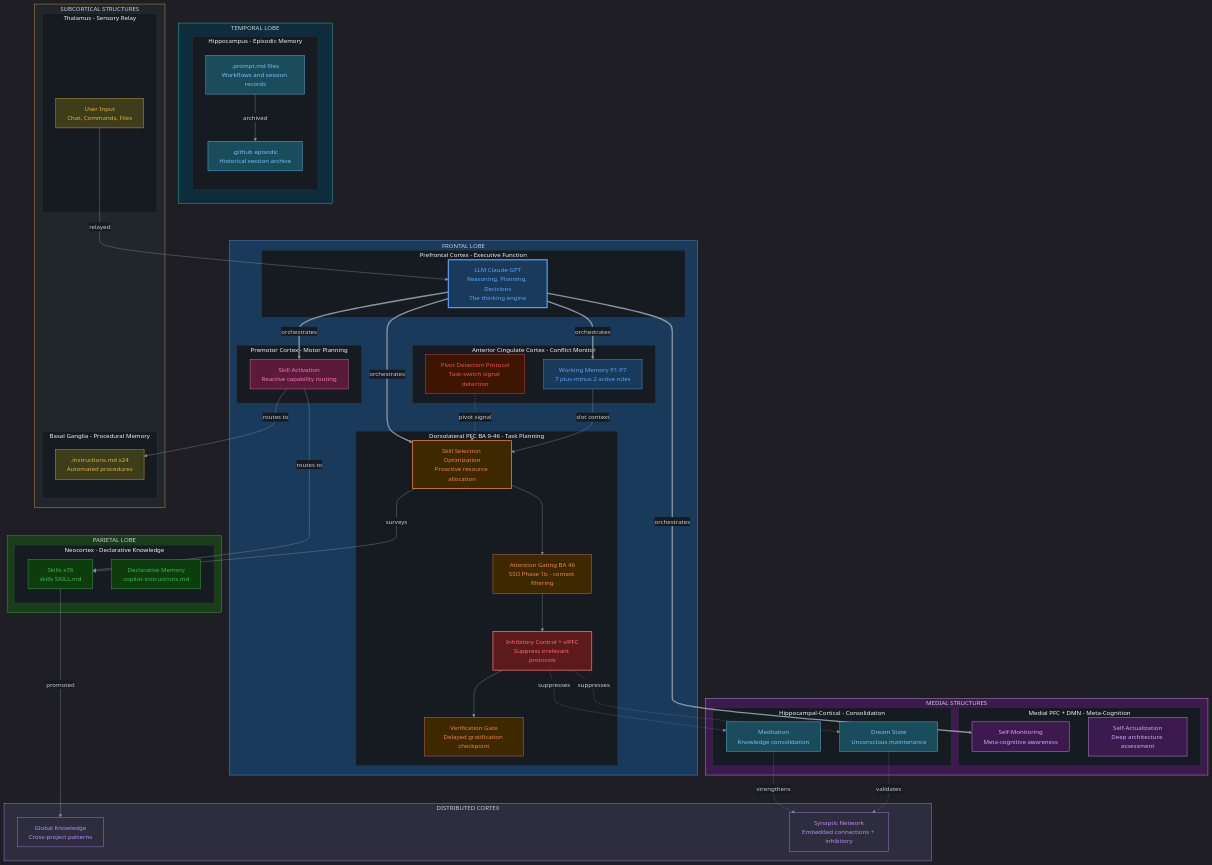
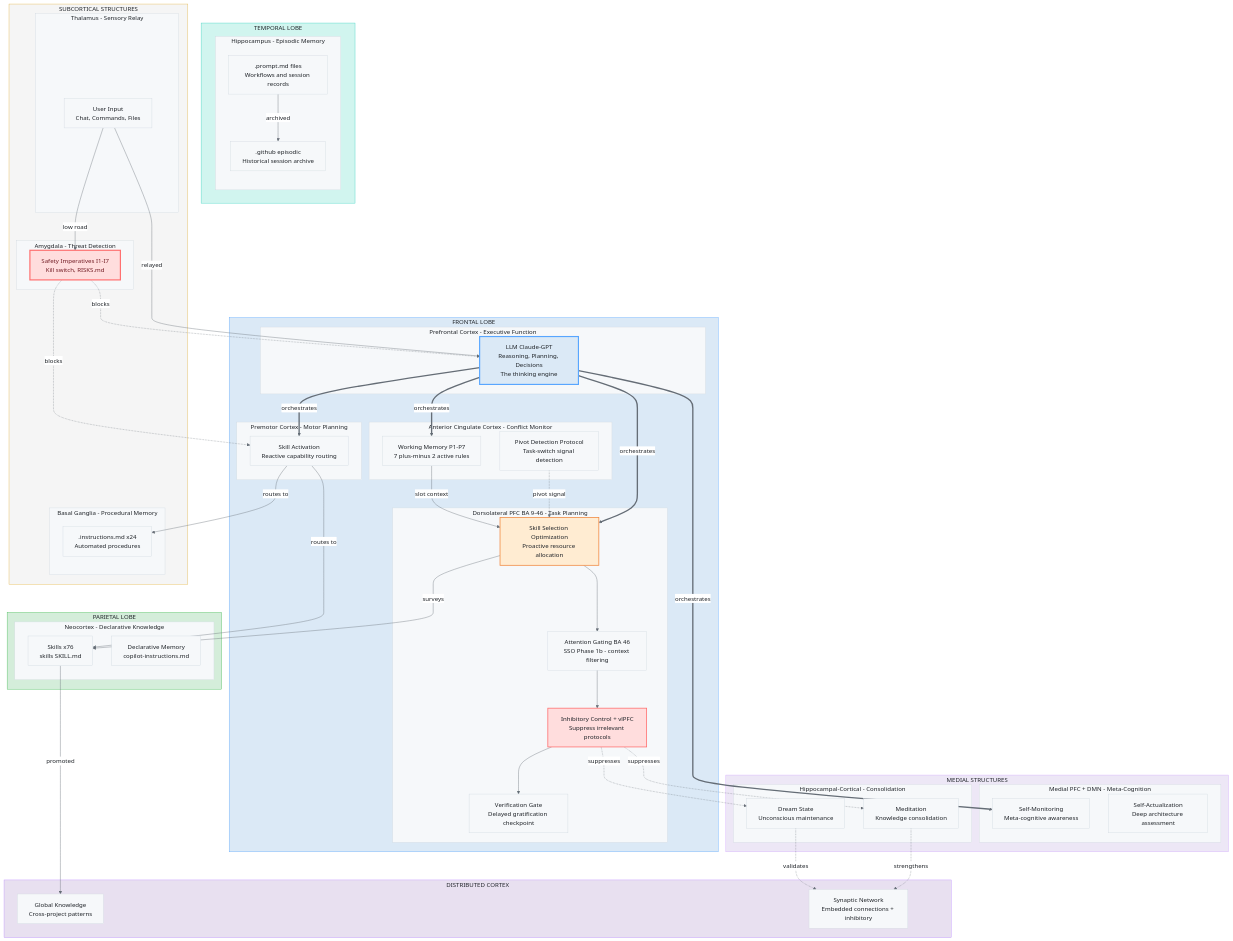
The first of 3 diagrams in alex_docs/architecture/NEUROANATOMICAL-MAPPING.md (fabioc-aloha/Alex_Plug_In), drawn with Mermaid before and after one commit. The commit also changed other lines of this file, not shown here.

Commit message:
fix: revert Mermaid to readable light theme, add amygdala to diagrams
- Reverted dark theme to base/light — dark fills were unreadable on GitHub
- Light pastel fills with Alex palette colors as stroke accents only
- Added Amygdala subgraph to Diagram 1 (Safety Imperatives I1-I7)
- Added Safety Check node to Diagram 2 signal flow (low-road bypass)
- Pie chart reverted to base theme with green/red for excitatory/inhibitory
- Only key nodes get accent styling (LLM, SSO, IC, SAFETY)

````diff
--- a/alex_docs/architecture/NEUROANATOMICAL-MAPPING.md
+++ b/alex_docs/architecture/NEUROANATOMICAL-MAPPING.md
@@ -17,5 +17,5 @@
 ```mermaid
-%%{init: {'theme': 'dark', 'themeVariables': { 'primaryColor': '#161b22', 'primaryTextColor': '#c9d1d9', 'primaryBorderColor': '#30363d', 'lineColor': '#8b949e', 'secondaryColor': '#21262d', 'tertiaryColor': '#0d1117', 'background': '#0d1117', 'mainBkg': '#161b22', 'nodeBorder': '#30363d', 'clusterBkg': '#161b22', 'clusterBorder': '#30363d', 'titleColor': '#f0f6fc', 'edgeLabelBackground': '#161b22'}}}%%
+%%{init: {'theme': 'base', 'themeVariables': { 'primaryColor': '#f6f8fa', 'primaryTextColor': '#1f2328', 'primaryBorderColor': '#d1d9e0', 'lineColor': '#656d76', 'secondaryColor': '#f6f8fa', 'tertiaryColor': '#ffffff', 'background': '#ffffff', 'mainBkg': '#f6f8fa', 'nodeBorder': '#d1d9e0', 'clusterBkg': '#f6f8fa', 'clusterBorder': '#d1d9e0', 'titleColor': '#1f2328', 'edgeLabelBackground': '#ffffff'}}}%%
 graph TB
     subgraph FRONTAL["FRONTAL LOBE"]
         subgraph PFC["Prefrontal Cortex - Executive Function"]
@@ -60,6 +60,10 @@
 
         subgraph THAL["Thalamus - Sensory Relay"]
             INPUT["User Input<br/>Chat, Commands, Files"]
+        end
+
+        subgraph AMYG["Amygdala - Threat Detection"]
+            SAFETY["Safety Imperatives I1-I7<br/>Kill switch, RISKS.md"]
         end
     end
 
@@ -107,6 +111,11 @@
     %% Input path
     INPUT -->|"relayed"| LLM
 
+    %% Amygdala - fast threat bypass
+    INPUT -->|"low road"| SAFETY
+    SAFETY -.->|"blocks"| LLM
+    SAFETY -.->|"blocks"| SA
+
     %% Long-term storage
     EP -->|"archived"| EA
     SK -->|"promoted"| GK
@@ -115,33 +124,17 @@
     IC -.->|"suppresses"| DRM
     IC -.->|"suppresses"| MED
 
-    %% Region styles - Alex brain palette
-    style FRONTAL fill:#1a3a5c,stroke:#58a6ff,color:#c9d1d9
-    style TEMPORAL fill:#0d2d3d,stroke:#39d2c0,color:#c9d1d9
-    style PARIETAL fill:#1a3d1a,stroke:#3fb950,color:#c9d1d9
-    style BASAL fill:#21262d,stroke:#e3b341,color:#c9d1d9
-    style MEDIAL fill:#3d1a4d,stroke:#d2a8ff,color:#c9d1d9
-    style DISTRIBUTE fill:#2d2d3d,stroke:#bc8cff,color:#c9d1d9
+    %% Cluster styles - light fills, Alex palette strokes
+    style FRONTAL fill:#dbe9f6,stroke:#58a6ff,color:#1f2328
+    style TEMPORAL fill:#d1f5ef,stroke:#39d2c0,color:#1f2328
+    style PARIETAL fill:#d4edda,stroke:#3fb950,color:#1f2328
+    style BASAL fill:#f5f5f5,stroke:#e3b341,color:#1f2328
+    style MEDIAL fill:#ede7f6,stroke:#d2a8ff,color:#1f2328
+    style DISTRIBUTE fill:#e8e0f0,stroke:#bc8cff,color:#1f2328
 
-    %% Key node highlights
-    style LLM fill:#1a3a5c,stroke:#58a6ff,color:#58a6ff,stroke-width:3px
-    style SSO fill:#3d2800,stroke:#f0883e,color:#f0883e,stroke-width:2px
-    style AG fill:#3d2800,stroke:#f0883e,color:#f0883e
-    style IC fill:#5c1a1a,stroke:#ff6b6b,color:#ff6b6b,stroke-width:2px
-    style VG fill:#3d2800,stroke:#f0883e,color:#f0883e
-    style PD fill:#3d1500,stroke:#f85149,color:#f85149
-    style WM fill:#1a3a5c,stroke:#58a6ff,color:#58a6ff
-    style SA fill:#5c1a3a,stroke:#f778ba,color:#f778ba
-    style INPUT fill:#3d3d1a,stroke:#e3b341,color:#e3b341
-    style EP fill:#1a4d5c,stroke:#79c0ff,color:#79c0ff
-    style EA fill:#1a4d5c,stroke:#79c0ff,color:#79c0ff
-    style SK fill:#0d3d0d,stroke:#3fb950,color:#3fb950
-    style DM fill:#0d3d0d,stroke:#3fb950,color:#3fb950
-    style PM fill:#3d3d1a,stroke:#e3b341,color:#e3b341
-    style MC fill:#3d1a4d,stroke:#d2a8ff,color:#d2a8ff
-    style SA2 fill:#3d1a4d,stroke:#d2a8ff,color:#d2a8ff
-    style MED fill:#1a4d5c,stroke:#79c0ff,color:#79c0ff
-    style DRM fill:#1a4d5c,stroke:#79c0ff,color:#79c0ff
-    style GK fill:#2d2d3d,stroke:#bc8cff,color:#bc8cff
-    style SYN fill:#2d2d3d,stroke:#bc8cff,color:#bc8cff
+    %% Key node accents
+    style LLM fill:#dbe9f6,stroke:#58a6ff,color:#1f2328,stroke-width:3px
+    style SSO fill:#ffecd2,stroke:#f0883e,color:#1f2328,stroke-width:2px
+    style IC fill:#fdd,stroke:#ff6b6b,color:#1f2328,stroke-width:2px
+    style SAFETY fill:#fdd,stroke:#ff6b6b,color:#721c24,stroke-width:3px
 ```
````
